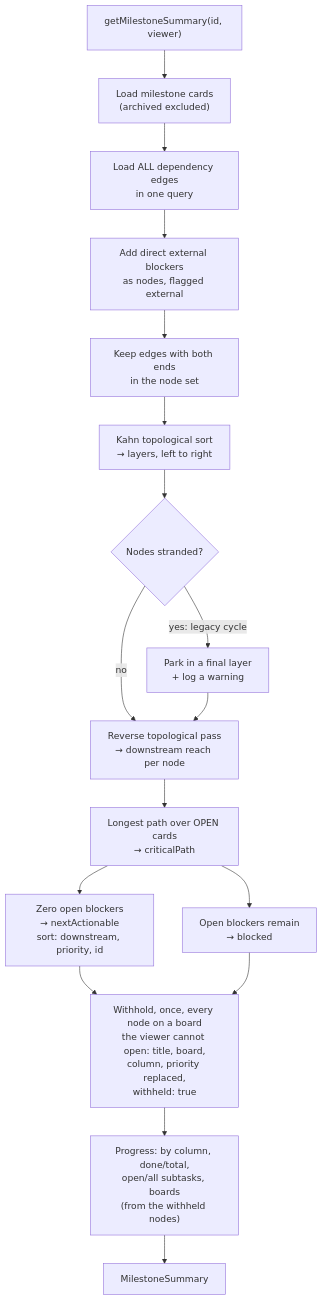
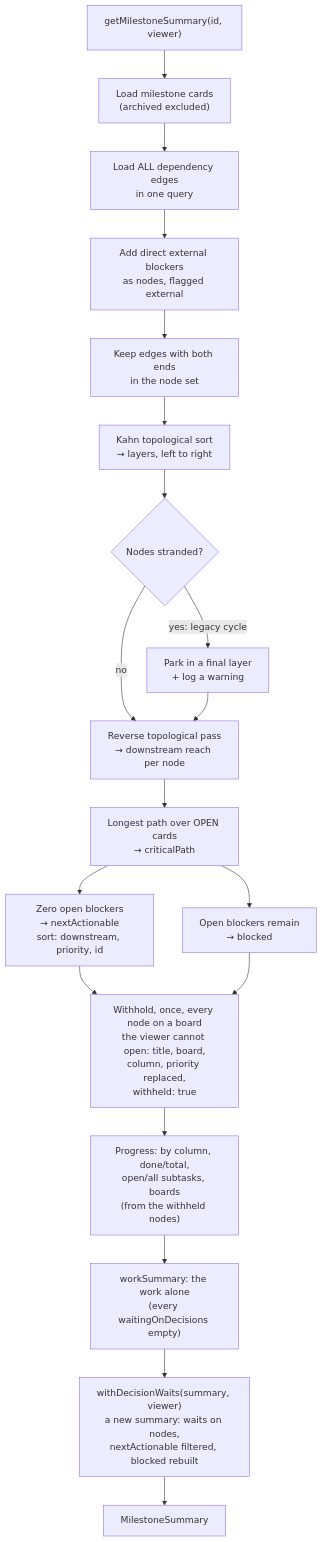
The fourth of 12 diagrams in docs/critical-path-planning.md (gitBoon/DumpFire), drawn with Mermaid before and after one commit. The commit also changed other lines of this file and 56 other files, not shown here.

````diff
--- a/docs/critical-path-planning.md
+++ b/docs/critical-path-planning.md
@@ -235,19 +245,21 @@
 ```mermaid
 flowchart TD
     A["getMilestoneSummary(id, viewer)"] --> B["Load milestone cards<br/>(archived excluded)"]
     B --> C["Load ALL dependency edges<br/>in one query"]
     C --> D["Add direct external blockers<br/>as nodes, flagged external"]
     D --> E["Keep edges with both ends<br/>in the node set"]
     E --> F["Kahn topological sort<br/>→ layers, left to right"]
     F --> G{"Nodes stranded?"}
     G -->|"yes: legacy cycle"| H["Park in a final layer<br/>+ log a warning"]
     G -->|no| I["Reverse topological pass<br/>→ downstream reach per node"]
     H --> I
     I --> J["Longest path over OPEN cards<br/>→ criticalPath"]
     J --> K["Zero open blockers<br/>→ nextActionable<br/>sort: downstream, priority, id"]
     J --> L["Open blockers remain<br/>→ blocked"]
     K --> W["Withhold, once, every node on a board<br/>the viewer cannot open: title, board,<br/>column, priority replaced,<br/>withheld: true"]
     L --> W
     W --> M["Progress: by column, done/total,<br/>open/all subtasks, boards<br/>(from the withheld nodes)"]
-    M --> N["MilestoneSummary"]
+    M --> WS["workSummary: the work alone<br/>(every waitingOnDecisions empty)"]
+    WS --> DW["withDecisionWaits(summary, viewer)<br/>a new summary: waits on nodes,<br/>nextActionable filtered, blocked rebuilt"]
+    DW --> N["MilestoneSummary"]
 ```
````
